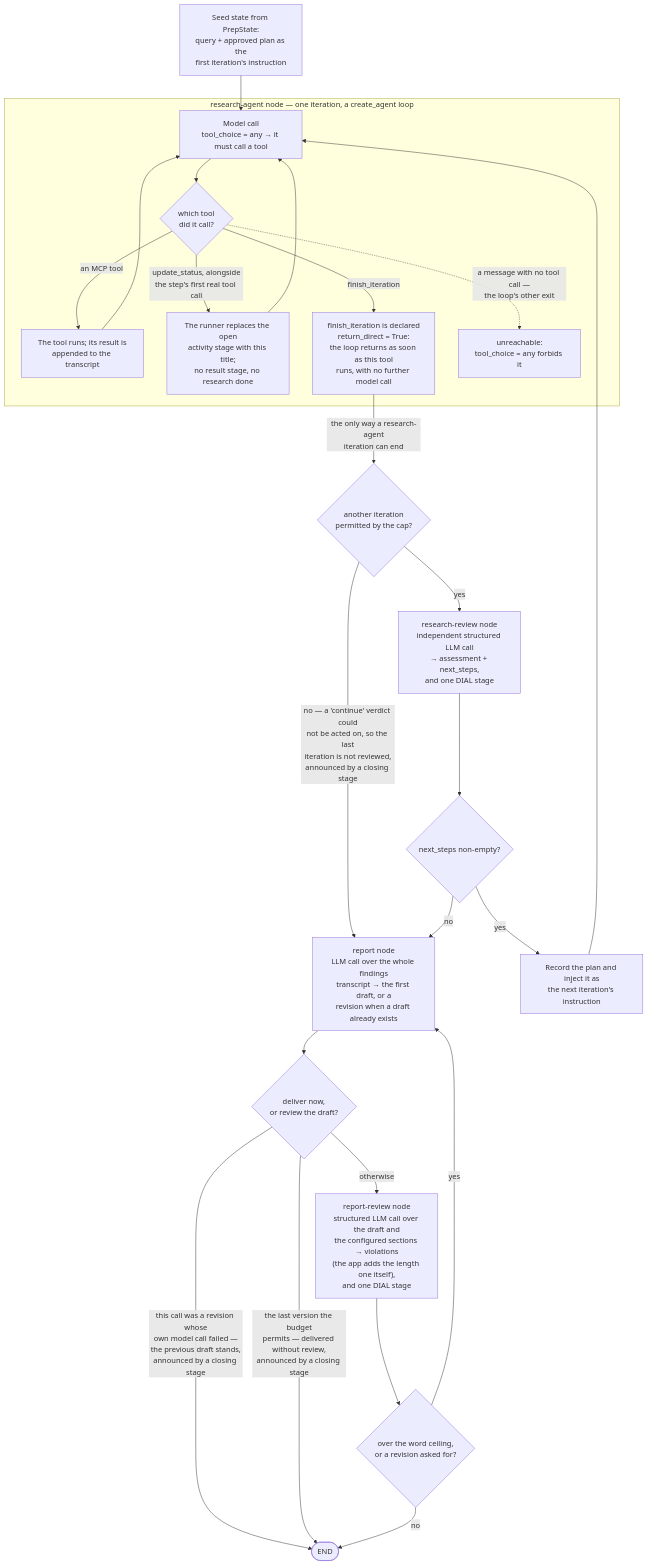
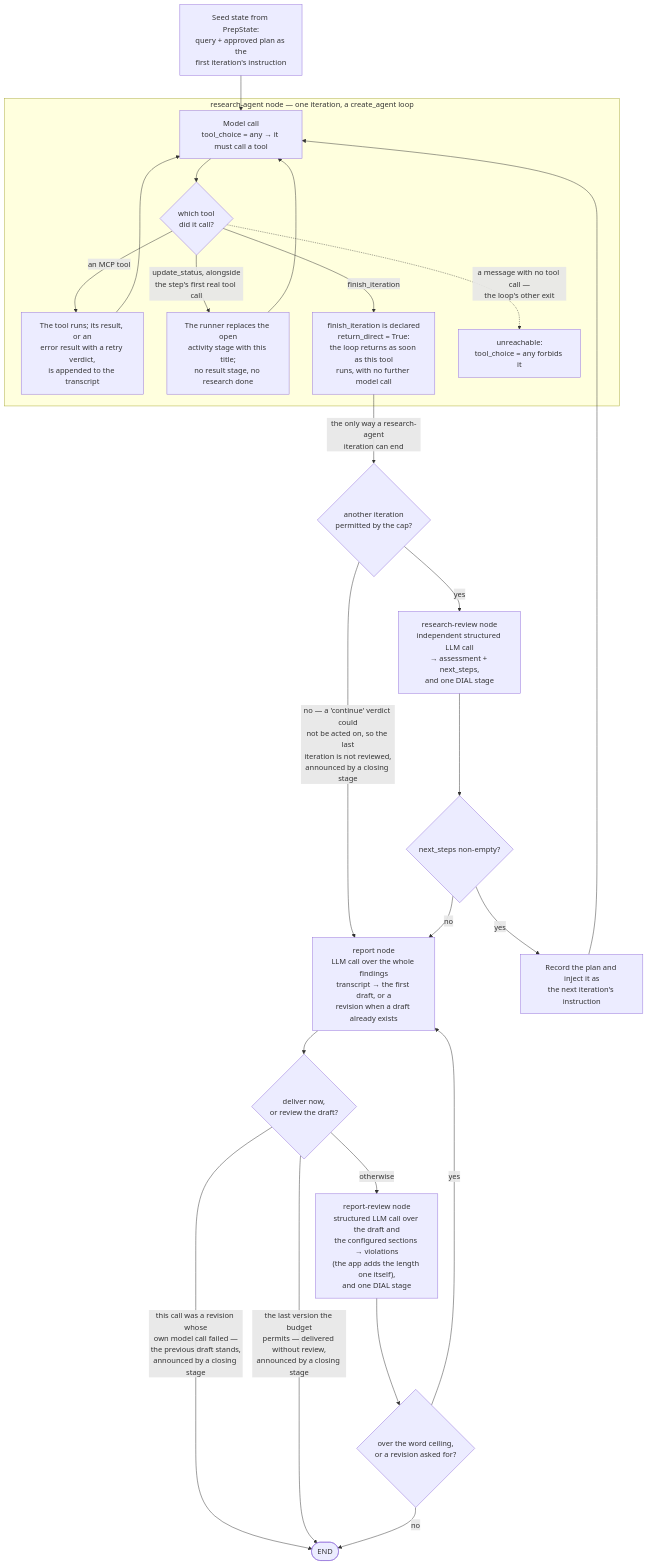
The second of 2 diagrams in docs/architecture.md (epam/ai-dial-deep-research-backend), drawn with Mermaid before and after one commit. The commit also changed other lines of this file and 34 other files, not shown here.

````diff
--- a/docs/architecture.md
+++ b/docs/architecture.md
@@ -125,30 +125,30 @@
 ```mermaid
 flowchart TD
     seed["Seed state from PrepState:<br/>query + approved plan as the<br/>first iteration's instruction"] --> model
 
     subgraph research_agent_sub["research-agent node — one iteration, a create_agent loop"]
         model["Model call<br/>tool_choice = any → it must call a tool"]
         model --> which{"which tool<br/>did it call?"}
-        which -->|"an MCP tool"| mcp["The tool runs; its result is<br/>appended to the transcript"]
+        which -->|"an MCP tool"| mcp["The tool runs; its result, or an<br/>error result with a retry verdict,<br/>is appended to the transcript"]
         mcp --> model
         which -->|"update_status, alongside<br/>the step's first real tool call"| status["The runner replaces the open<br/>activity stage with this title;<br/>no result stage, no research done"]
         status --> model
         which -->|"finish_iteration"| fin["finish_iteration is declared<br/>return_direct = True:<br/>the loop returns as soon as this tool<br/>runs, with no further model call"]
         which -.->|"a message with no tool call —<br/>the loop's other exit"| blocked["unreachable:<br/>tool_choice = any forbids it"]
     end
 
     fin -->|"the only way a research-agent<br/>iteration can end"| itgate{"another iteration<br/>permitted by the cap?"}
     itgate -->|yes| research_review["research-review node<br/>independent structured LLM call<br/>→ assessment + next_steps,<br/>and one DIAL stage"]
     itgate -->|"no — a 'continue' verdict could<br/>not be acted on, so the last<br/>iteration is not reviewed,<br/>announced by a closing stage"| report
     research_review --> route{"next_steps non-empty?"}
     route -->|yes| nextplan["Record the plan and inject it as<br/>the next iteration's instruction"]
     nextplan --> model
     route -->|no| report["report node<br/>LLM call over the whole findings<br/>transcript → the first draft, or a<br/>revision when a draft already exists"]
     report --> afterreport{"deliver now,<br/>or review the draft?"}
     afterreport -->|"this call was a revision whose<br/>own model call failed —<br/>the previous draft stands,<br/>announced by a closing stage"| finaldone(["END"])
     afterreport -->|"the last version the budget<br/>permits — delivered without review,<br/>announced by a closing stage"| finaldone
     afterreport -->|"otherwise"| report_review["report-review node<br/>structured LLM call over the draft and<br/>the configured sections → violations<br/>(the app adds the length one itself),<br/>and one DIAL stage"]
     report_review --> reroute{"over the word ceiling,<br/>or a revision asked for?"}
     reroute -->|yes| report
     reroute -->|no| finaldone
 ```
````
